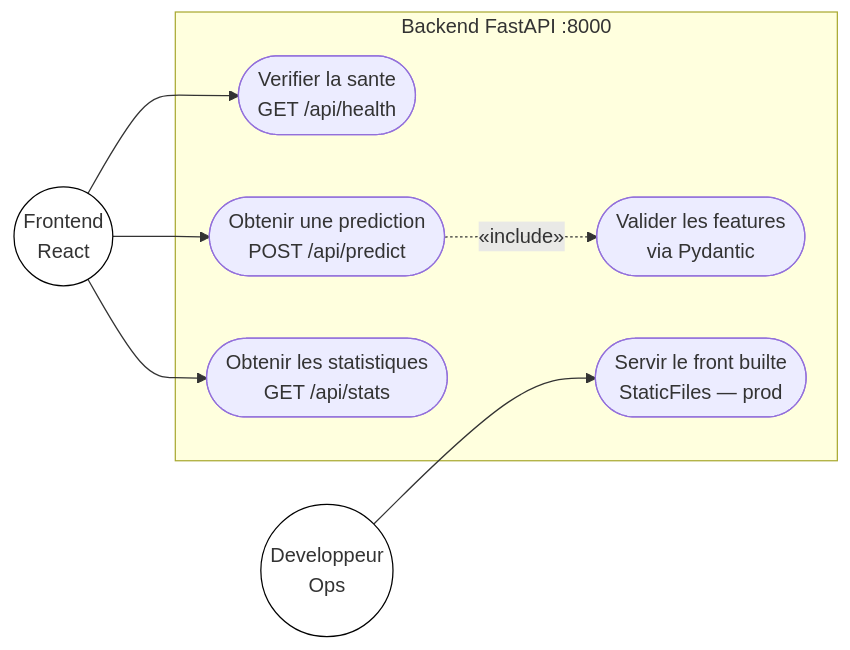
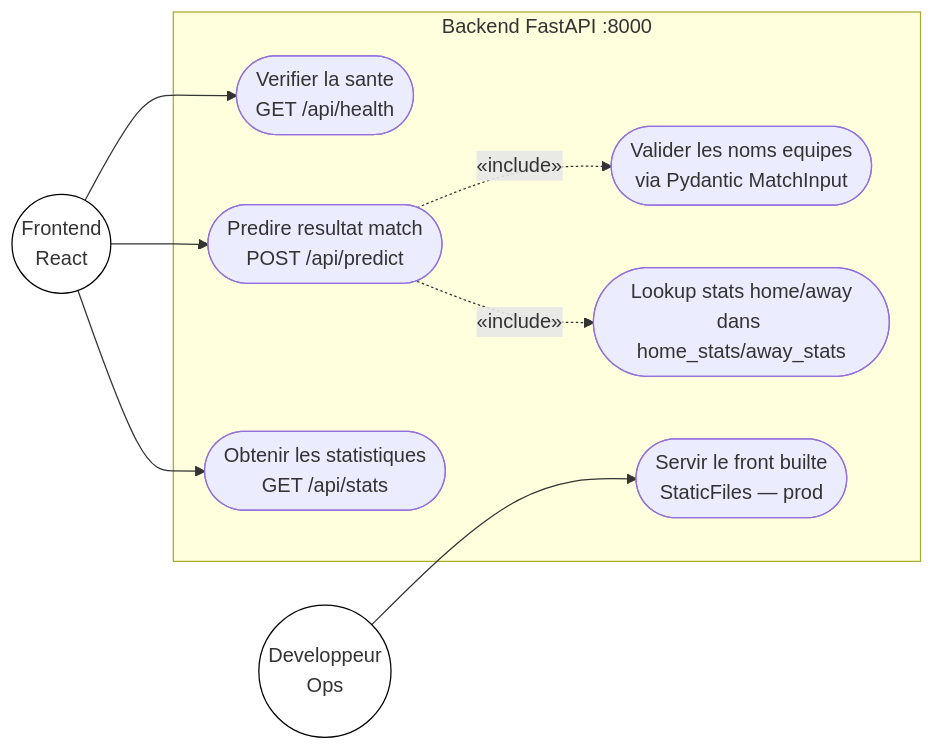
The first of 3 diagrams in Ressources/2.spec/03_backend_api.md (quentinete2/Data_ai_Foot_Quentin_Thibaud), drawn with Mermaid before and after one commit. The commit also changed other lines of this file and 11 other files, not shown here.

````diff
--- a/Ressources/2.spec/03_backend_api.md
+++ b/Ressources/2.spec/03_backend_api.md
@@ -95,22 +117,24 @@
 ```mermaid
 graph LR
     FE((Frontend\nReact))
     ADM((Developpeur\nOps))
 
     subgraph API ["Backend FastAPI :8000"]
         UC1(["Verifier la sante\nGET /api/health"])
-        UC2(["Obtenir une prediction\nPOST /api/predict"])
+        UC2(["Predire resultat match\nPOST /api/predict"])
         UC3(["Obtenir les statistiques\nGET /api/stats"])
-        UC4(["Valider les features\nvia Pydantic"])
-        UC5(["Servir le front builte\nStaticFiles — prod"])
+        UC4(["Valider les noms equipes\nvia Pydantic MatchInput"])
+        UC5(["Lookup stats home/away\ndans home_stats/away_stats"])
+        UC6(["Servir le front builte\nStaticFiles — prod"])
     end
 
     FE --> UC1
     FE --> UC2
     FE --> UC3
-    ADM --> UC5
+    ADM --> UC6
     UC2 -.->|«include»| UC4
+    UC2 -.->|«include»| UC5
 
     style FE fill:#fff,stroke:#000
     style ADM fill:#fff,stroke:#000
 ```
````
